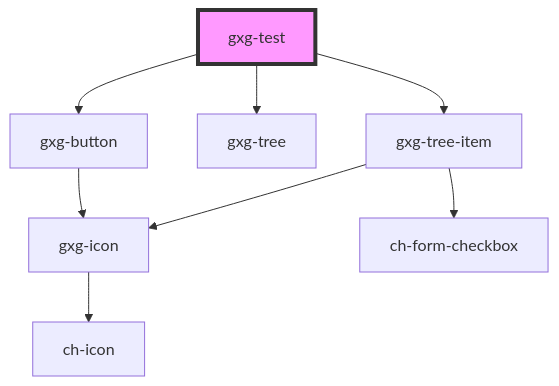
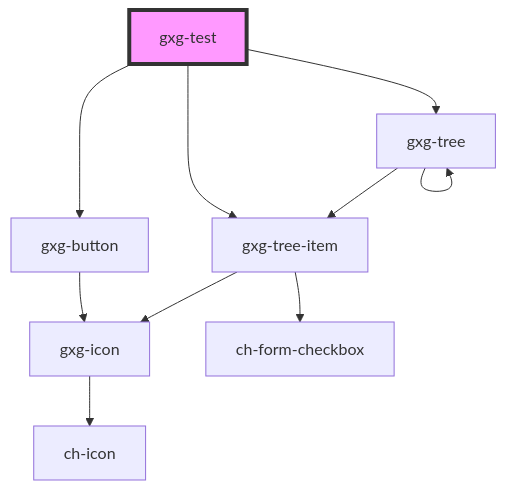
One commit to genexuslabs/gemini changed the diagram in src/components/test/readme.md. Above: the diagram before and after it, drawn with Mermaid. The commit also changed other lines of this file and 13 other files, not shown here.

````diff
--- a/src/components/test/readme.md
+++ b/src/components/test/readme.md
@@ -28,11 +28,13 @@
 ```mermaid
 graph TD;
   gxg-test --> gxg-button
   gxg-test --> gxg-tree
   gxg-test --> gxg-tree-item
   gxg-button --> gxg-icon
   gxg-icon --> ch-icon
+  gxg-tree --> gxg-tree
+  gxg-tree --> gxg-tree-item
   gxg-tree-item --> gxg-icon
   gxg-tree-item --> ch-form-checkbox
   style gxg-test fill:#f9f,stroke:#333,stroke-width:4px
 ```
````
